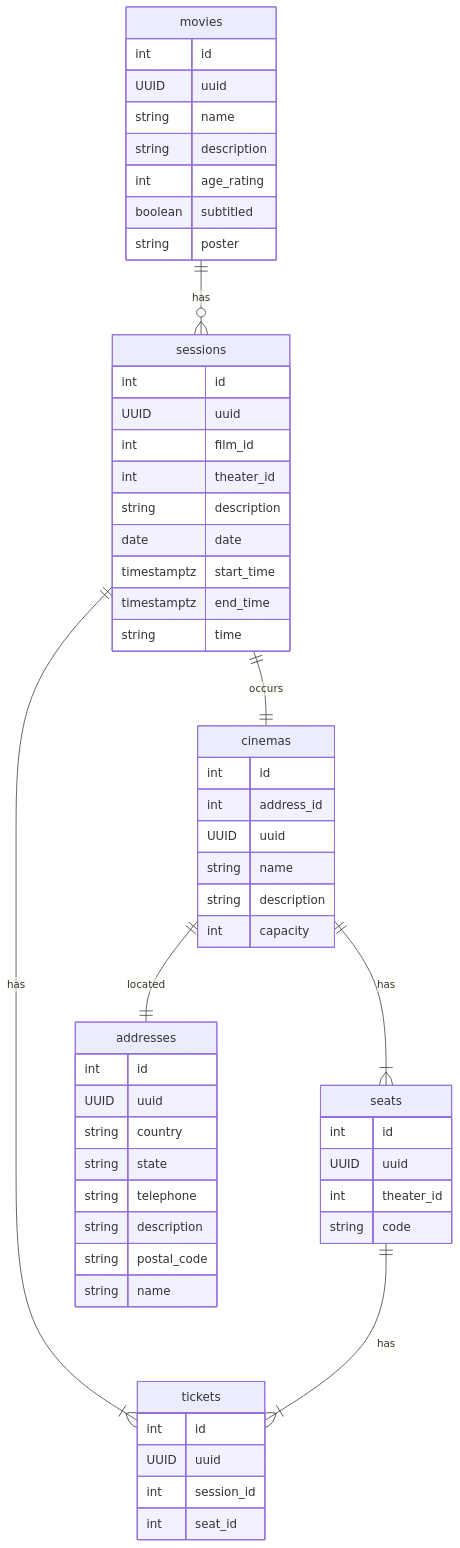
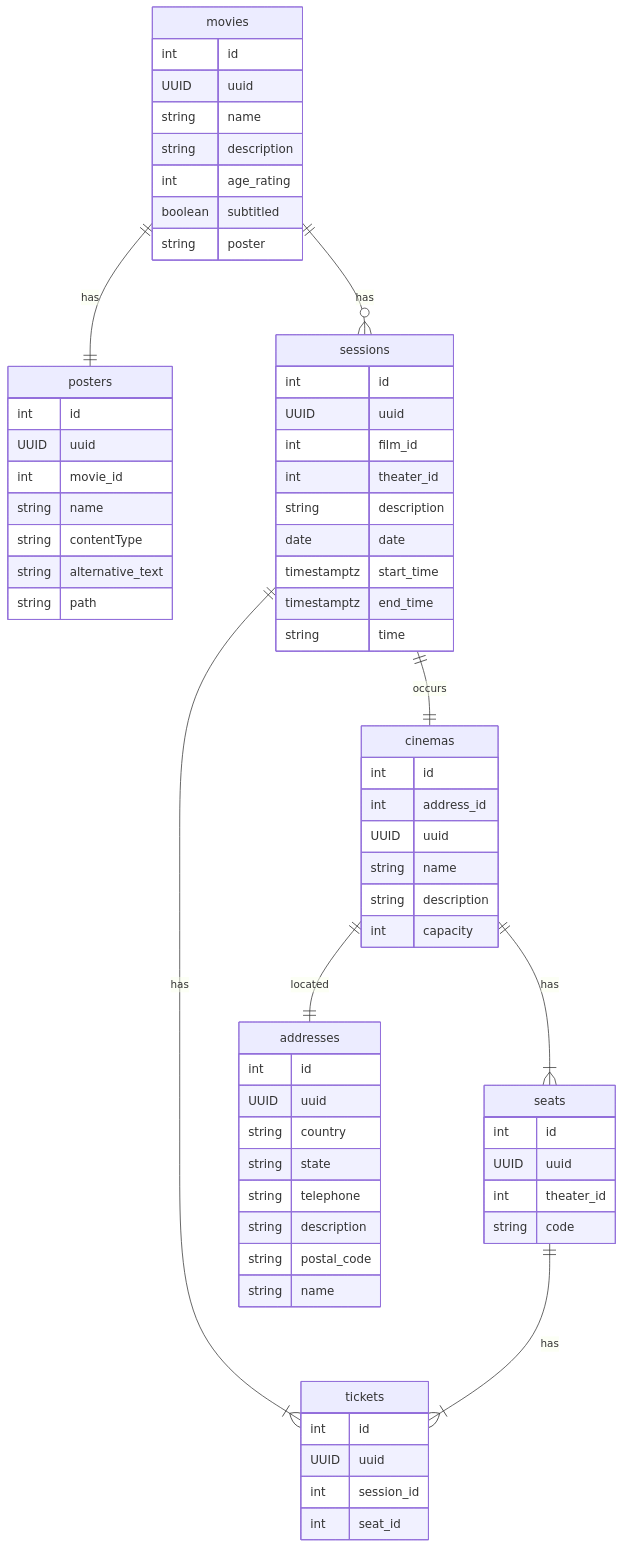
The second of 2 diagrams in README.md (jtonynet/cine-catalogo), drawn with Mermaid before and after one commit.

Commit message:
fix(docs): add poster entity in project DER on readme.md

````diff
--- a/README.md
+++ b/README.md
@@ -168,60 +168,70 @@
 ```mermaid
 erDiagram 
     movies {
         int id
         UUID uuid
         string name
         string description
         int age_rating
         boolean subtitled
         string poster
+    }
+    posters {
+        int    id
+        UUID   uuid
+        int    movie_id
+        string name            
+        string contentType     
+        string alternative_text 
+        string path            
     }
     sessions {
         int id
         UUID uuid
         int film_id
         int theater_id
         string description
         date date
         timestamptz start_time
         timestamptz end_time
         string time
     }
     cinemas {
         int id
         int address_id
         UUID uuid
         string name
         string description
         int capacity
     }
     seats {
         int id
         UUID uuid
         int theater_id
         string code
     }
     tickets {
         int id
         UUID uuid
         int session_id
         int seat_id
     }
     addresses {
         int id
         UUID uuid
         string country
         string state
         string telephone
         string description
         string postal_code
         string name
     }
 
     movies ||--o{ sessions : has
+    movies ||--|| posters : has
     sessions ||--|| cinemas : occurs
     cinemas ||--|{ seats : has
     sessions ||--|{ tickets : has
     seats ||--|{ tickets : has
     cinemas ||--|| addresses : located
 ```
````
